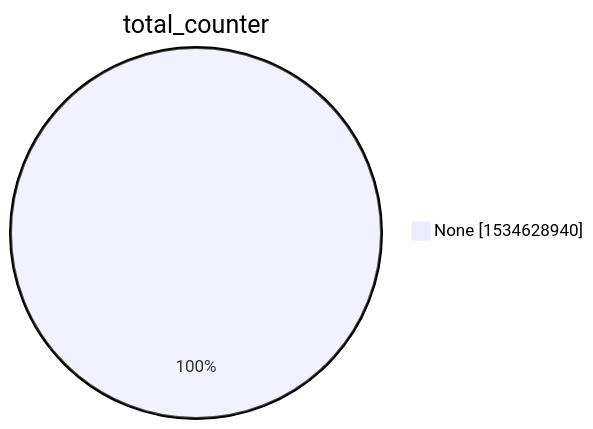
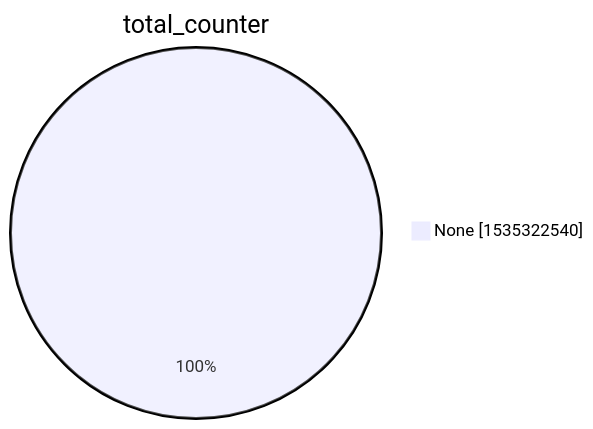
Before and after one commit to christiankrug/ctmonitor_visualization: the second of 15 diagrams in xenon2022/README.md, drawn with Mermaid. The commit also changed other lines of this file, not shown here.

````diff
--- a/xenon2022/README.md
+++ b/xenon2022/README.md
@@ -9,5 +9,5 @@
 ```mermaid
 pie showData
 title total_counter
-"None" :1534628940
+"None" :1535322540
 ```
````
